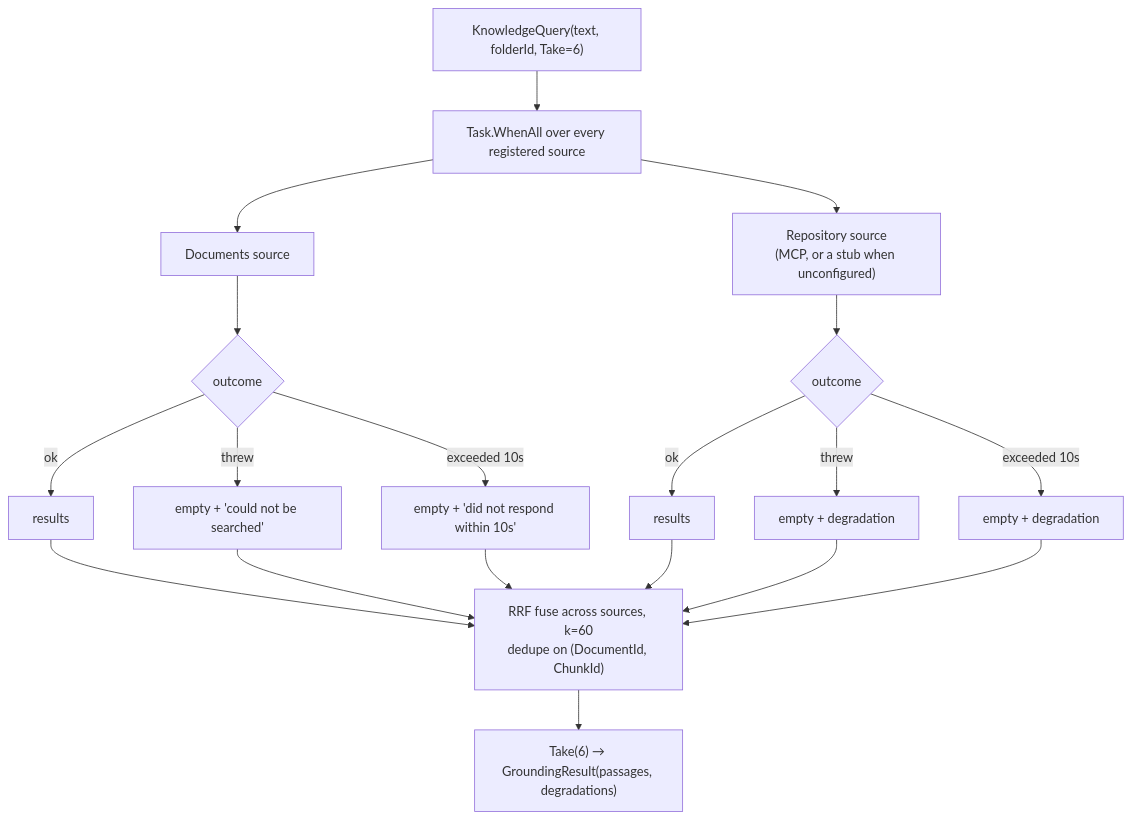
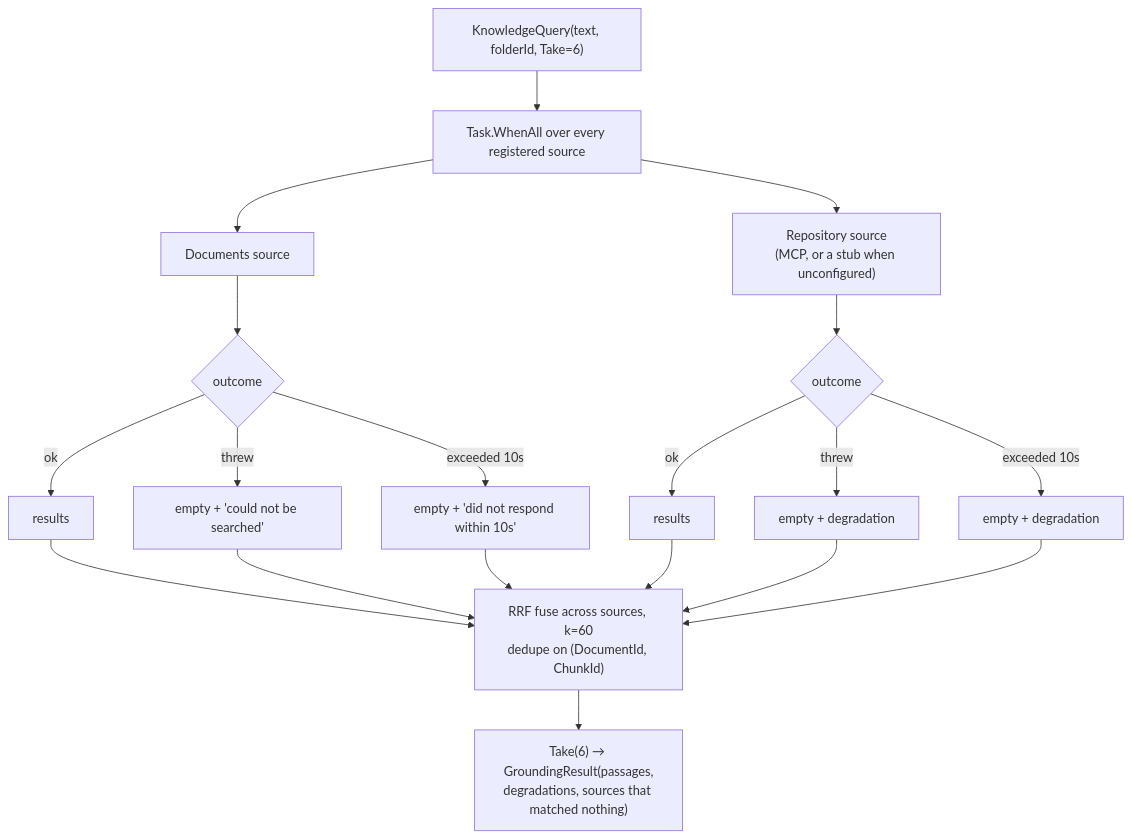
Before and after one commit to AnushxD/Knowledge-Hub: the fifth of 7 diagrams in chat-pipeline.md, drawn with Mermaid. The commit also changed other lines of this file and 20 other files, not shown here.

First line of the commit message:
Name the sources that were searched and matched nothing

````diff
--- a/chat-pipeline.md
+++ b/chat-pipeline.md
@@ -247,27 +247,27 @@
 ```mermaid
 flowchart TD
     A["KnowledgeQuery(text, folderId, Take=6)"] --> B["Task.WhenAll over every registered source"]
 
     B --> C1["Documents source"]
     B --> C2["Repository source<br/>(MCP, or a stub when unconfigured)"]
 
     C1 --> D1{"outcome"}
     C2 --> D2{"outcome"}
 
     D1 -->|ok| E1["results"]
     D1 -->|"threw"| F1["empty + 'could not be searched'"]
     D1 -->|"exceeded 10s"| G1["empty + 'did not respond within 10s'"]
 
     D2 -->|ok| E2["results"]
     D2 -->|"threw"| F2["empty + degradation"]
     D2 -->|"exceeded 10s"| G2["empty + degradation"]
 
     E1 --> H["RRF fuse across sources, k=60<br/>dedupe on (DocumentId, ChunkId)"]
     F1 --> H
     G1 --> H
     E2 --> H
     F2 --> H
     G2 --> H
 
-    H --> I["Take(6) → GroundingResult(passages, degradations)"]
+    H --> I["Take(6) → GroundingResult(passages,<br/>degradations, sources that matched nothing)"]
 ```
````
